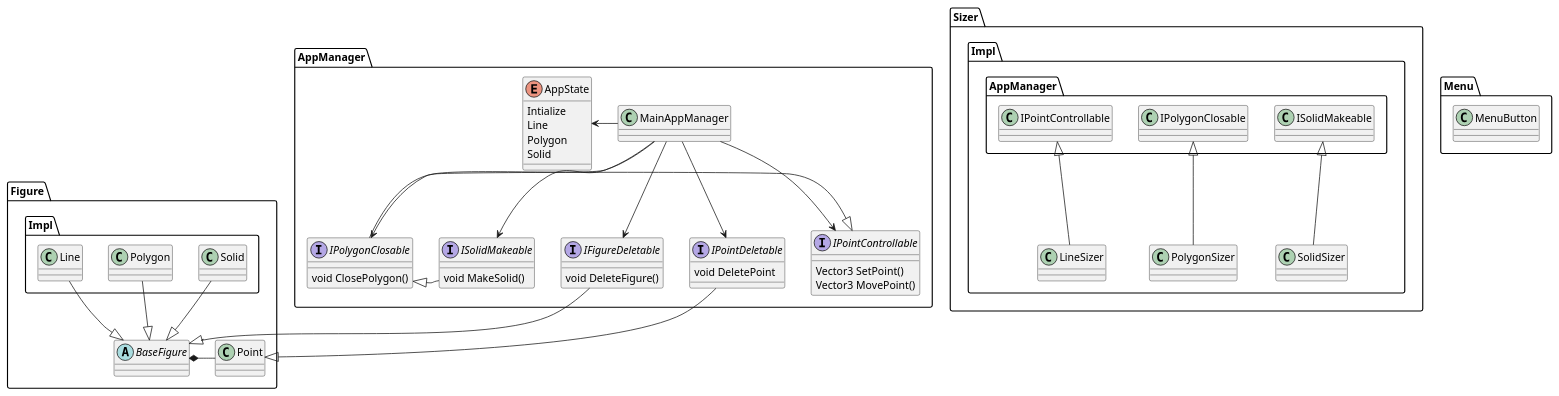
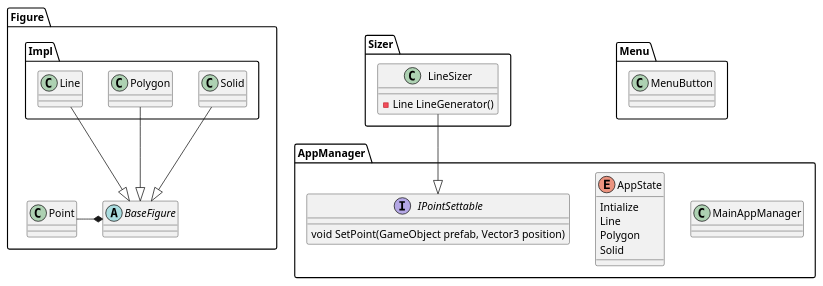
One commit to dykarohora/HoloMeasurement changed the diagram in ClassDiagram.wsd. Above: the diagram before and after it, drawn with PlantUML. The commit also changed 540 other files, not shown here.

```diff
--- a/ClassDiagram.wsd
+++ b/ClassDiagram.wsd
@@ -1,100 +1,57 @@
 @startuml
 
 namespace Figure {
     abstract class BaseFigure {
     }
     namespace Impl {
         class Line {
         }
         class Polygon {
         }
         class Solid {
         }
         Line --d|> Figure.BaseFigure
         Polygon --d|> Figure.BaseFigure
         Solid --d|> Figure.BaseFigure
 
         Line -[hidden]r- Polygon
         Polygon -[hidden]r- Solid
     }
 
     class Point {
     }
 
     Point --r* BaseFigure
 }
 
-namespace Sizer {
-    namespace Impl {
-        class LineSizer {
-        }
-        class PolygonSizer {
-        }
-        class SolidSizer {
-        }
-
-        LineSizer --u|> AppManager.IPointControllable
-        PolygonSizer --u|> AppManager.IPolygonClosable
-        SolidSizer --u|> AppManager.ISolidMakeable
-
-        LineSizer -[hidden]r- PolygonSizer
-        PolygonSizer -[hidden]r- SolidSizer
-    }
-}
-
 namespace AppManager {
     class MainAppManager {
-
     }
     enum AppState {
         Intialize
         Line
         Polygon
         Solid
     }
+    
+    interface IPointSettable {
+        void SetPoint(GameObject prefab, Vector3 position)
+    }
+}
 
-    interface IPointControllable {
-        Vector3 SetPoint()
-        Vector3 MovePoint()
-    }
-    interface IPolygonClosable {
-        void ClosePolygon()
-    }
-    interface ISolidMakeable{
-        void MakeSolid()
-    }
-    interface IFigureDeletable {
-        void DeleteFigure()
-    }
-    interface IPointDeletable {
-        void DeletePoint
+namespace Sizer {
+    class LineSizer {
+        -Line LineGenerator()
     }
 
-    MainAppManager --> IPointControllable
-    MainAppManager --> IPolygonClosable
-    MainAppManager --> ISolidMakeable
-    MainAppManager --> IPointDeletable
-    MainAppManager --> IFigureDeletable
-
-    MainAppManager --l> AppState
-
-    IFigureDeletable --|> Figure.BaseFigure
-    IPointDeletable --|> Figure.Point
-
-    IPointControllable <|-- IPolygonClosable
-    IPolygonClosable <|-- ISolidMakeable
-
-    IPointControllable -[hidden]r- IPolygonClosable
-    IPolygonClosable -[hidden]r- ISolidMakeable
-
-    MainAppManager -[hidden]d- IPointControllable
+    LineSizer --|> AppManager.IPointSettable
 }
 
 namespace Menu {
     class MenuButton {
 
     }
 }
 
 
 @enduml
```
